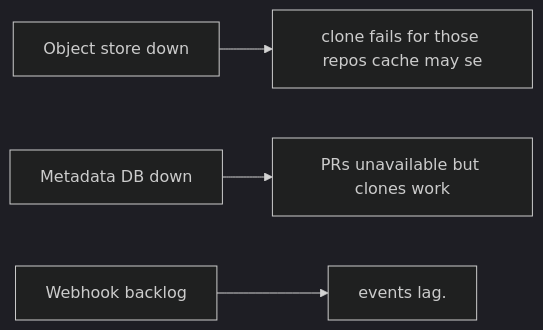
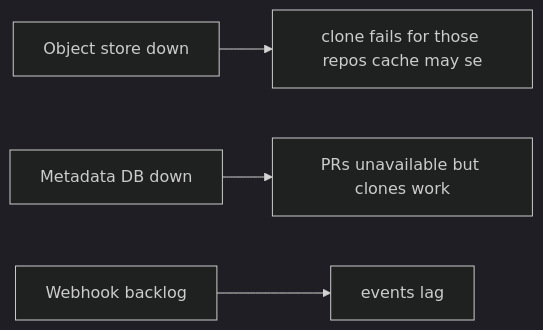
One commit to RIT-MESH/system-design-mastery changed the third of 3 diagrams in case-studies/advanced/code-hosting.md. Above: the diagram before and after it, drawn with Mermaid (dark theme). The commit also changed other lines of this file and 215 other files, not shown here.

First line of the commit message:
Complete all remaining work: expand case studies, add 13 AI case studies, fix diagrams, status to Complete

````diff
--- a/case-studies/advanced/code-hosting.md
+++ b/case-studies/advanced/code-hosting.md
@@ -135,13 +167,13 @@
 ```mermaid
 %% created-for: system-design-mastery
 flowchart LR
   C1["Object store down"]
   R2["clone fails for those repos cache may se"]
   C1 --> R2
   C3["Metadata DB down"]
   R4["PRs unavailable but clones work"]
   C3 --> R4
   C5["Webhook backlog"]
-  R6["events lag."]
+  R6["events lag"]
   C5 --> R6
 ```
````
